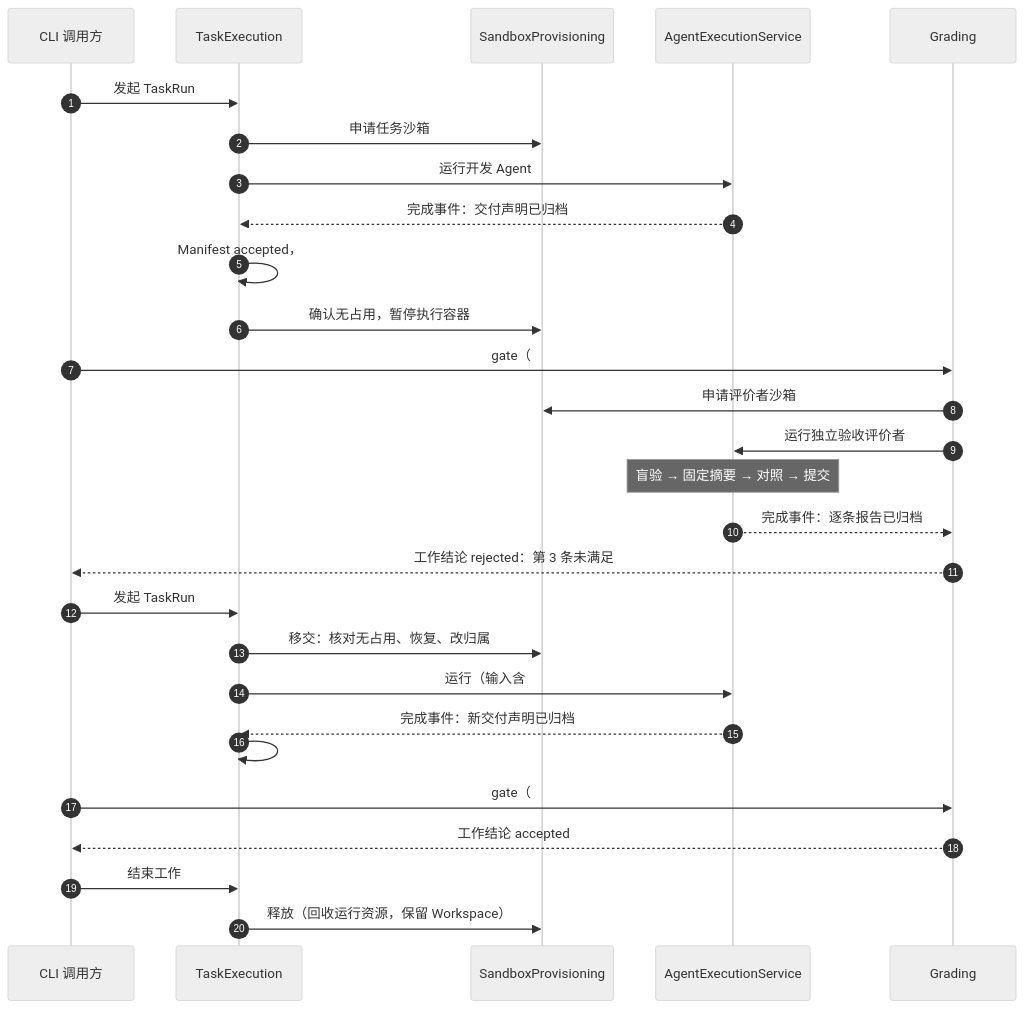
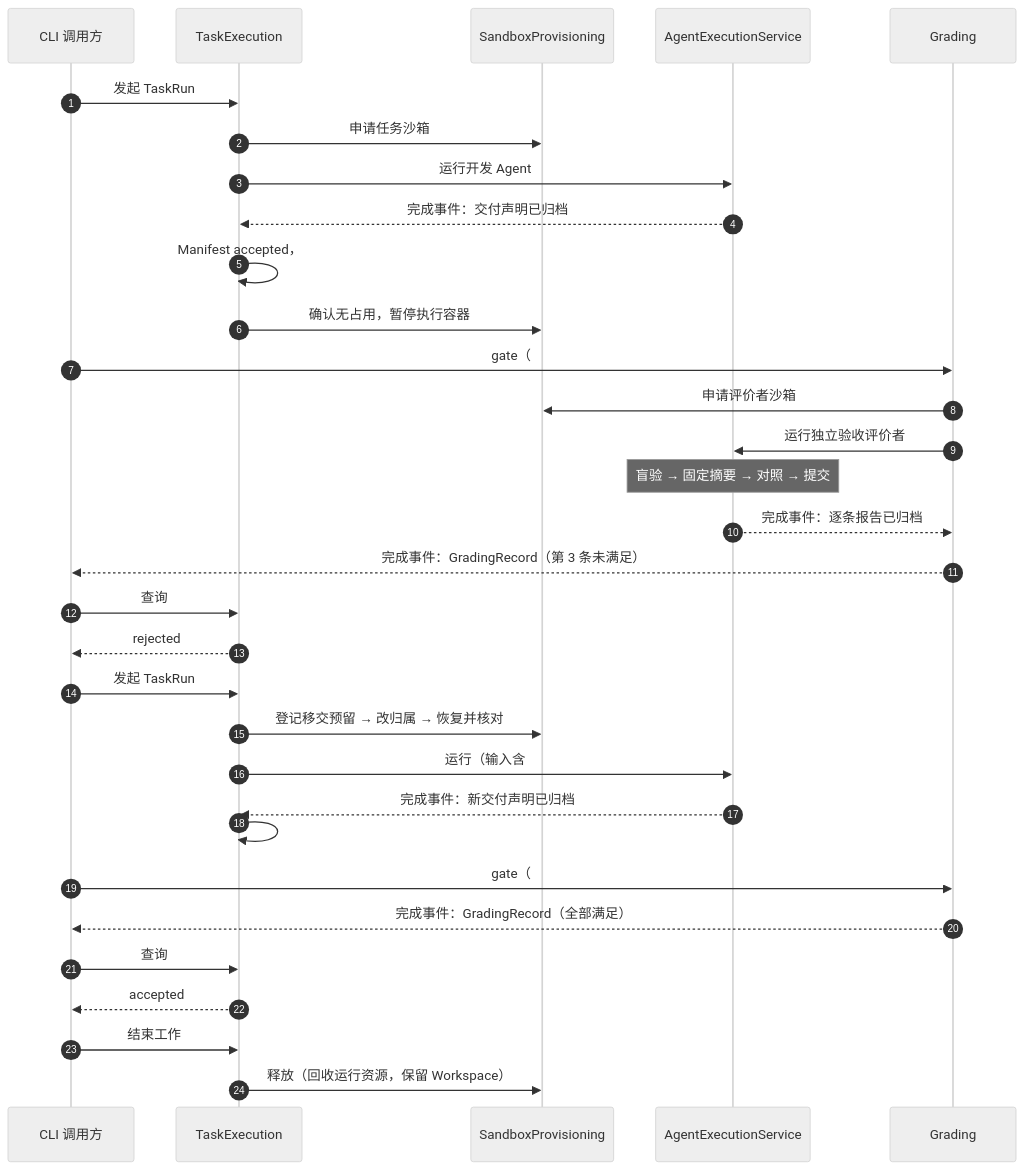
One commit to MaybeLL/Ground changed the diagram in docs/assets/model-seq-dev.mmd. Above: the diagram before and after it, drawn with Mermaid (neutral theme). The commit also changed 11 other files, not shown here.

```diff
--- a/docs/assets/model-seq-dev.mmd
+++ b/docs/assets/model-seq-dev.mmd
@@ -1,28 +1,32 @@
 sequenceDiagram
   autonumber
   participant U as CLI 调用方
   participant TE as TaskExecution
   participant SB as SandboxProvisioning
   participant AE as AgentExecutionService
   participant GR as Grading
   U->>TE: 发起 TaskRun #1（保留意图=保留待细化）
   TE->>SB: 申请任务沙箱
   TE->>AE: 运行开发 Agent
   AE-->>TE: 完成事件：交付声明已归档
   TE->>TE: Manifest accepted，#1 已交付
   TE->>SB: 确认无占用，暂停执行容器
   U->>GR: gate（#1 的绑定）
   GR->>SB: 申请评价者沙箱
   GR->>AE: 运行独立验收评价者
   Note over AE: 盲验 → 固定摘要 → 对照 → 提交
   AE-->>GR: 完成事件：逐条报告已归档
-  GR-->>U: 工作结论 rejected：第 3 条未满足
+  GR-->>U: 完成事件：GradingRecord（第 3 条未满足）
+  U->>TE: 查询 #1 的工作结论
+  TE-->>U: rejected
   U->>TE: 发起 TaskRun #2 refines #1，接手 Sandbox
-  TE->>SB: 移交：核对无占用、恢复、改归属
+  TE->>SB: 登记移交预留 → 改归属 → 恢复并核对
   TE->>AE: 运行（输入含 #1 的交付与验收意见）
   AE-->>TE: 完成事件：新交付声明已归档
   TE->>TE: #2 已交付
   U->>GR: gate（#2 的绑定，全部重验）
-  GR-->>U: 工作结论 accepted
+  GR-->>U: 完成事件：GradingRecord（全部满足）
+  U->>TE: 查询 #2 的工作结论
+  TE-->>U: accepted
   U->>TE: 结束工作
   TE->>SB: 释放（回收运行资源，保留 Workspace）
```
